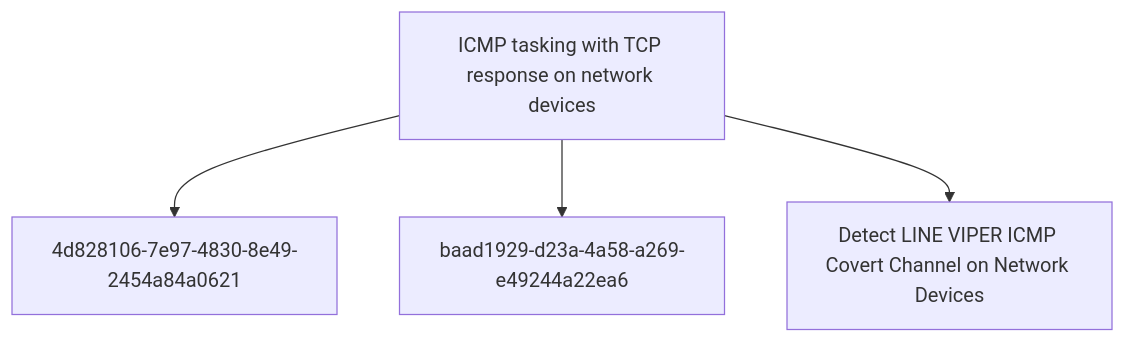
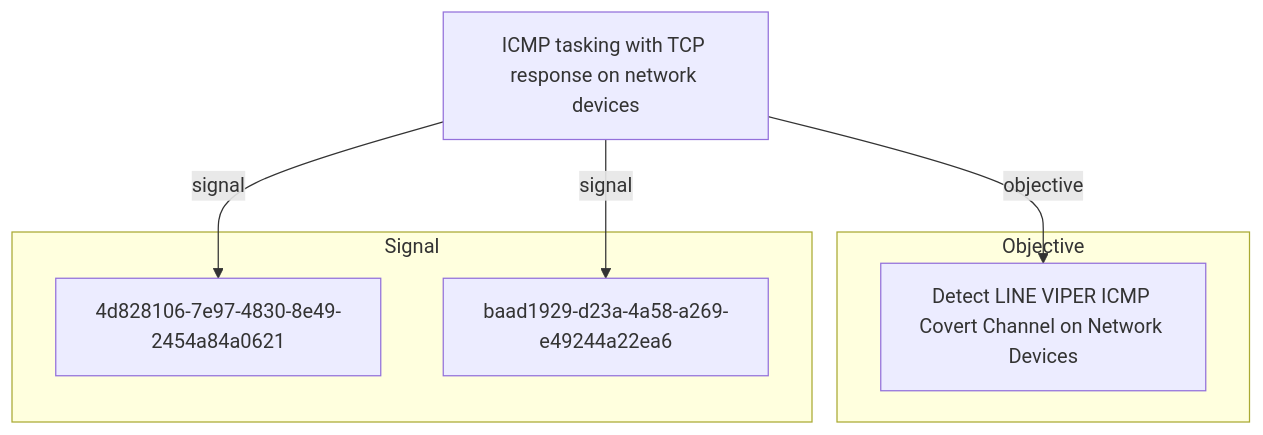
The second of 2 diagrams in docs/threats/icmp-tasking-with-tcp-response-on-network-devices.md (opentidehq/library), drawn with Mermaid before and after one commit. The commit also changed other lines of this file and 277 other files, not shown here.

````diff
--- a/docs/threats/icmp-tasking-with-tcp-response-on-network-devices.md
+++ b/docs/threats/icmp-tasking-with-tcp-response-on-network-devices.md
@@ -135,10 +179,14 @@
 ```mermaid
 flowchart TB
-2a5faf22_c526_4d49_81b9_6a7b895de58b["ICMP tasking with TCP response on network devices"]
+subgraph "Objective"
+d8372ac1_2740_4cb2_b834_2e1622380b7b["Detect LINE VIPER ICMP Covert Channel on Network Devices"]
+end
+subgraph "Signal"
 4d828106_7e97_4830_8e49_2454a84a0621["4d828106-7e97-4830-8e49-2454a84a0621"]
 baad1929_d23a_4a58_a269_e49244a22ea6["baad1929-d23a-4a58-a269-e49244a22ea6"]
-d8372ac1_2740_4cb2_b834_2e1622380b7b["Detect LINE VIPER ICMP Covert Channel on Network Devices"]
-2a5faf22_c526_4d49_81b9_6a7b895de58b --> 4d828106_7e97_4830_8e49_2454a84a0621
-2a5faf22_c526_4d49_81b9_6a7b895de58b --> baad1929_d23a_4a58_a269_e49244a22ea6
-2a5faf22_c526_4d49_81b9_6a7b895de58b --> d8372ac1_2740_4cb2_b834_2e1622380b7b
+end
+2a5faf22_c526_4d49_81b9_6a7b895de58b["ICMP tasking with TCP response on network devices"]
+2a5faf22_c526_4d49_81b9_6a7b895de58b -->|objective| d8372ac1_2740_4cb2_b834_2e1622380b7b
+2a5faf22_c526_4d49_81b9_6a7b895de58b -->|signal| 4d828106_7e97_4830_8e49_2454a84a0621
+2a5faf22_c526_4d49_81b9_6a7b895de58b -->|signal| baad1929_d23a_4a58_a269_e49244a22ea6
 ```
````
